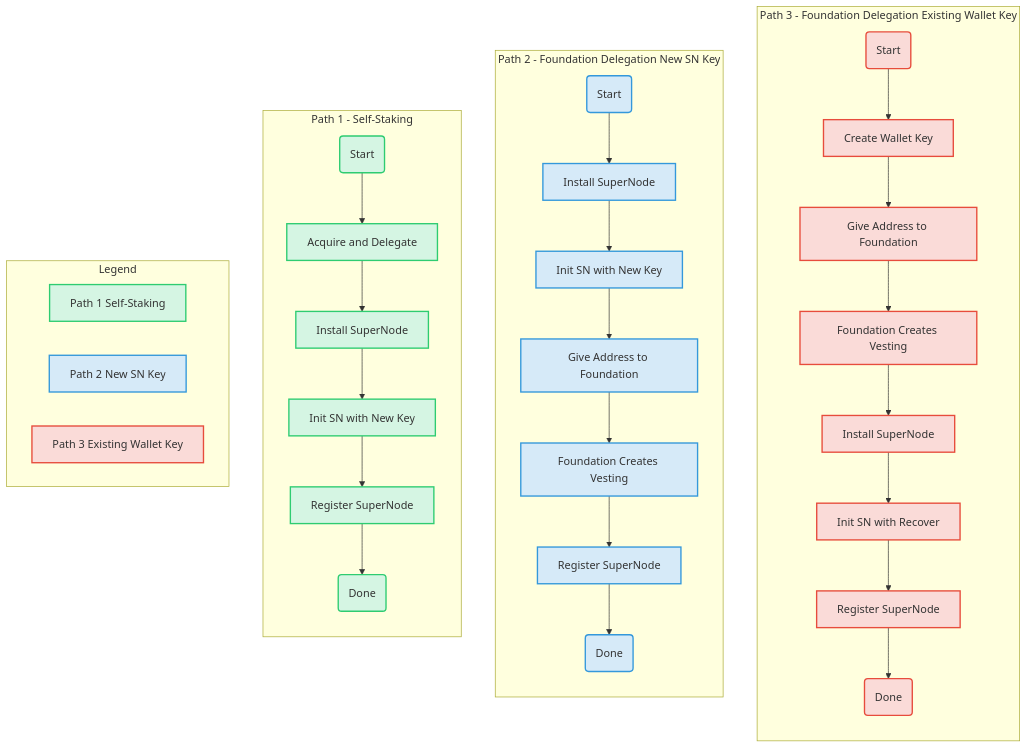
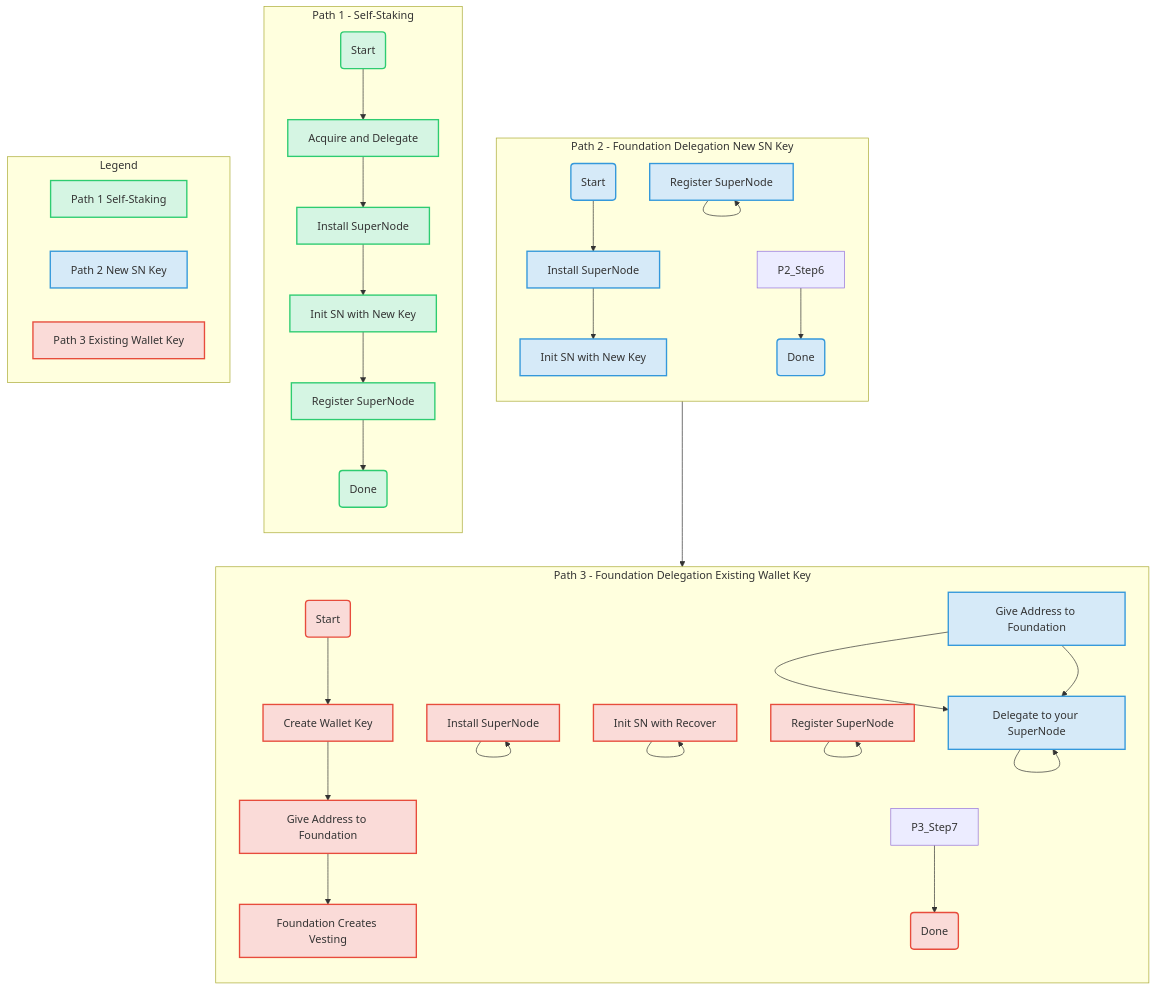
One commit to molla202/lumera-networks changed the diagram in docs/SUPERNODE_GUIDE.md. Above: the diagram before and after it, drawn with Mermaid. The commit also changed other lines of this file, not shown here.

````diff
--- a/docs/SUPERNODE_GUIDE.md
+++ b/docs/SUPERNODE_GUIDE.md
@@ -15,47 +15,49 @@
 ```mermaid
 graph TD
     subgraph "Path 3 - Foundation Delegation Existing Wallet Key"
         direction TB
         P3_Start(Start) --> P3_Step1[Create Wallet Key];
         P3_Step1 --> P3_Step2[Give Address to Foundation];
         P3_Step2 --> P3_Step3[Foundation Creates Vesting];
-        P3_Step3 --> P3_Step4[Install SuperNode];
-        P3_Step4 --> P3_Step5[Init SN with Recover];
-        P3_Step5 --> P3_Step6[Register SuperNode];
-        P3_Step6 --> P3_End(Done);
+        P2_Step3 --> P2_Step4[Delegate to your SuperNode];
+        P3_Step4 --> P3_Step4[Install SuperNode];
+        P3_Step5 --> P3_Step5[Init SN with Recover];
+        P3_Step6 --> P3_Step6[Register SuperNode];
+        P3_Step7 --> P3_End(Done);
     end
 
     subgraph "Path 2 - Foundation Delegation New SN Key"
         direction TB
         P2_Start(Start) --> P2_Step1[Install SuperNode];
         P2_Step1 --> P2_Step2[Init SN with New Key];
         P2_Step2 --> P2_Step3[Give Address to Foundation];
         P2_Step3 --> P2_Step4[Foundation Creates Vesting];
-        P2_Step4 --> P2_Step5[Register SuperNode];
-        P2_Step5 --> P2_End(Done);
+        P2_Step4 --> P2_Step4[Delegate to your SuperNode];
+        P2_Step5 --> P2_Step5[Register SuperNode];
+        P2_Step6 --> P2_End(Done);
     end
 
     subgraph "Path 1 - Self-Staking"
         direction TB
         P1_Start(Start) --> P1_Step1[Acquire and Delegate];
         P1_Step1 --> P1_Step2[Install SuperNode];
         P1_Step2 --> P1_Step3[Init SN with New Key];
         P1_Step3 --> P1_Step4[Register SuperNode];
         P1_Step4 --> P1_End(Done);
     end
 
     subgraph Legend
         direction LR
         A1[Path 1 Self-Staking]:::path1Style
         A2[Path 2 New SN Key]:::path2Style
         A3[Path 3 Existing Wallet Key]:::path3Style
     end
 
     classDef path1Style fill:#D5F5E3,stroke:#2ECC71,stroke-width:2px;
     classDef path2Style fill:#D6EAF8,stroke:#3498DB,stroke-width:2px;
     classDef path3Style fill:#FADBD8,stroke:#E74C3C,stroke-width:2px;
 
     class P1_Start,P1_Step1,P1_Step2,P1_Step3,P1_Step4,P1_End path1Style;
     class P2_Start,P2_Step1,P2_Step2,P2_Step3,P2_Step4,P2_Step5,P2_End path2Style;
     class P3_Start,P3_Step1,P3_Step2,P3_Step3,P3_Step4,P3_Step5,P3_Step6,P3_End path3Style;
 ```
````
